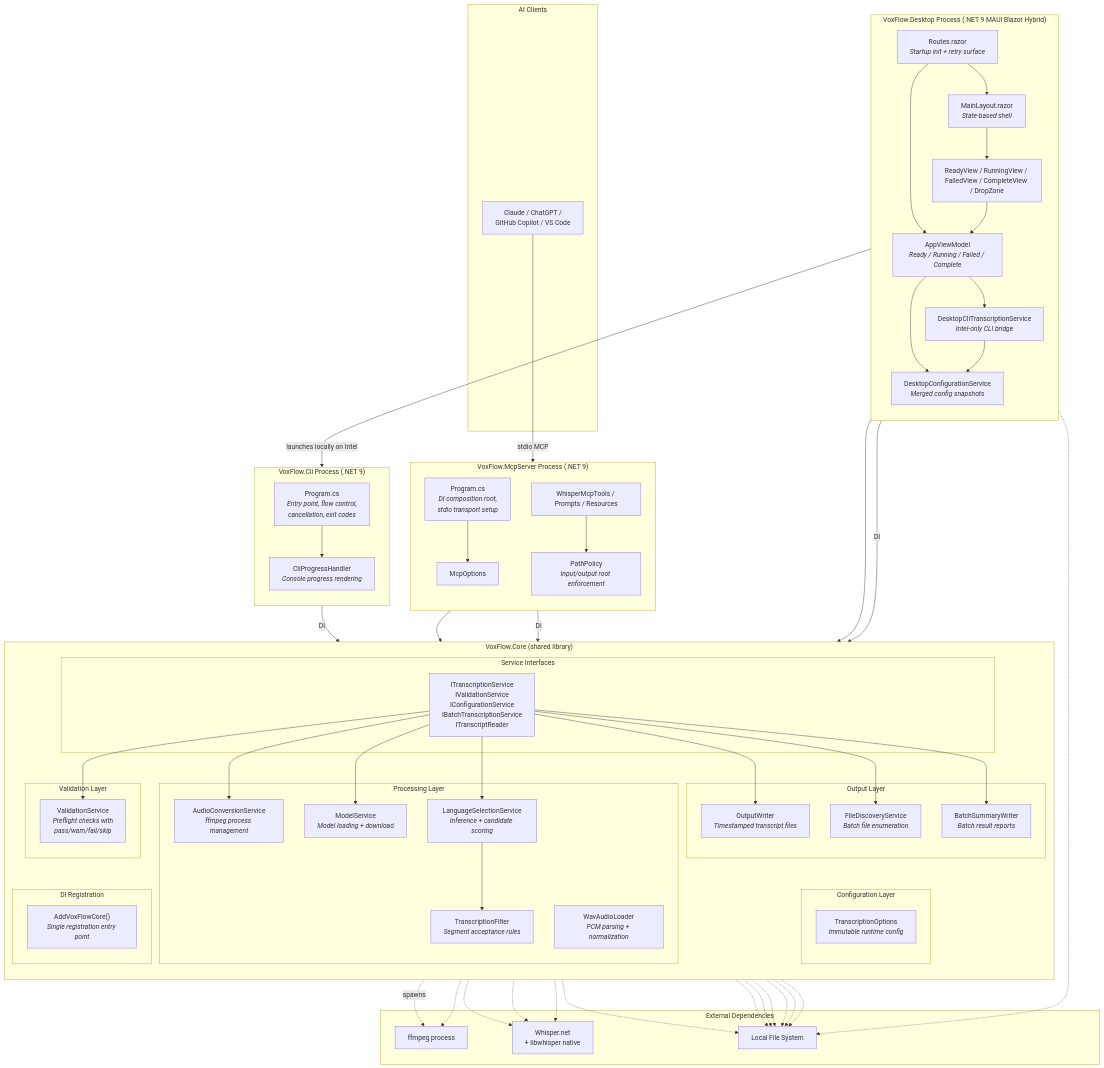
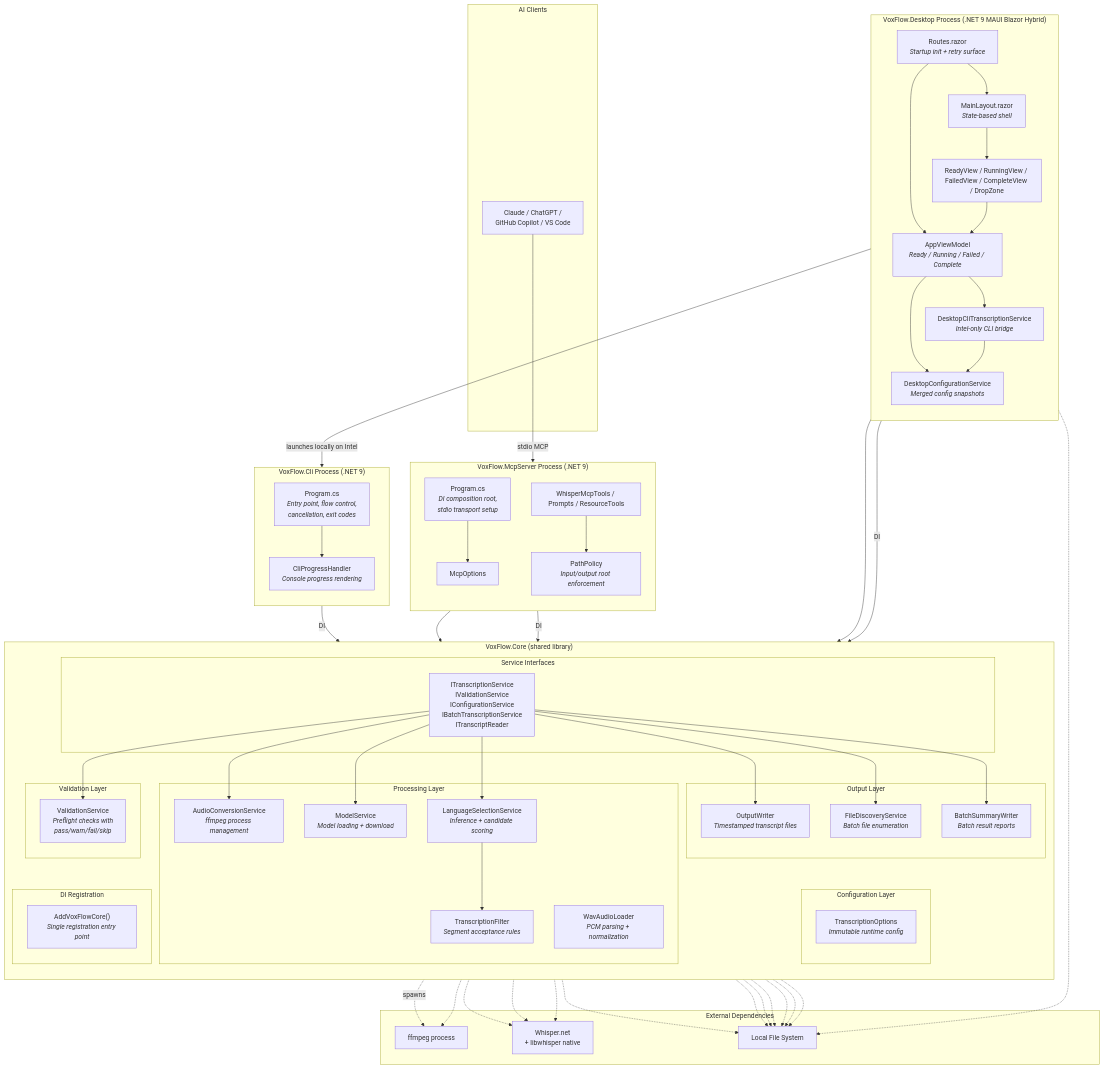
Before and after one commit to artemsemdev/WisperTestApp: the diagram in docs/architecture/02-container-view.md, drawn with Mermaid. The commit also changed other lines of this file and 21 other files, not shown here.

Commit message:
docs (architecture) new docs created and fixed current structure

```diff
--- a/docs/architecture/02-container-view.md
+++ b/docs/architecture/02-container-view.md
@@ -60,7 +60,7 @@
     subgraph mcp_container["VoxFlow.McpServer Process (.NET 9)"]
         direction TB
         mcp_program["Program.cs<br/><i>DI composition root,<br/>stdio transport setup</i>"]
-        tools["WhisperMcpTools / Prompts / Resources"]
+        tools["WhisperMcpTools / Prompts / ResourceTools"]
         pathpolicy["PathPolicy<br/><i>Input/output root enforcement</i>"]
         mcp_options["McpOptions"]
     end
```
